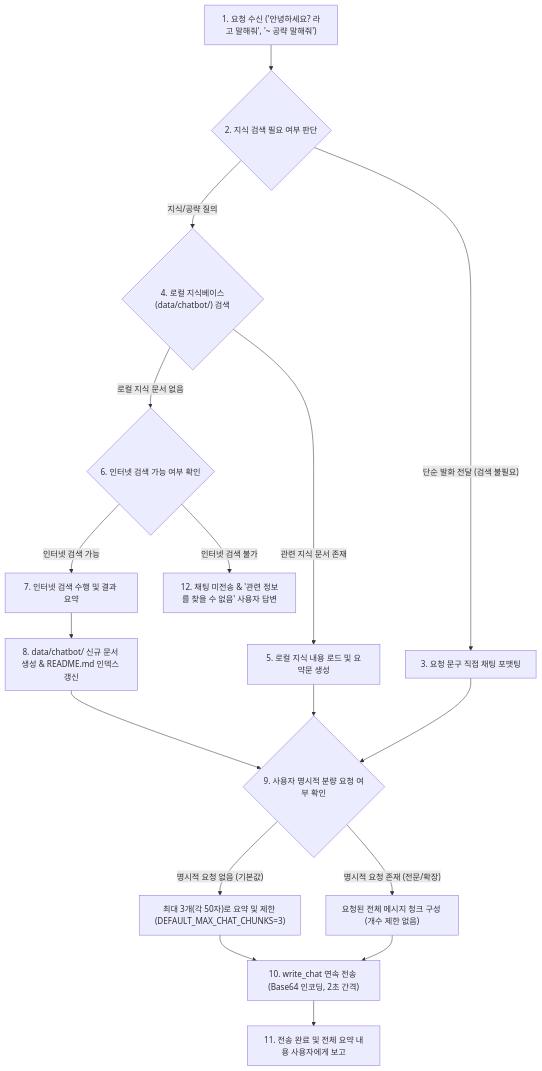
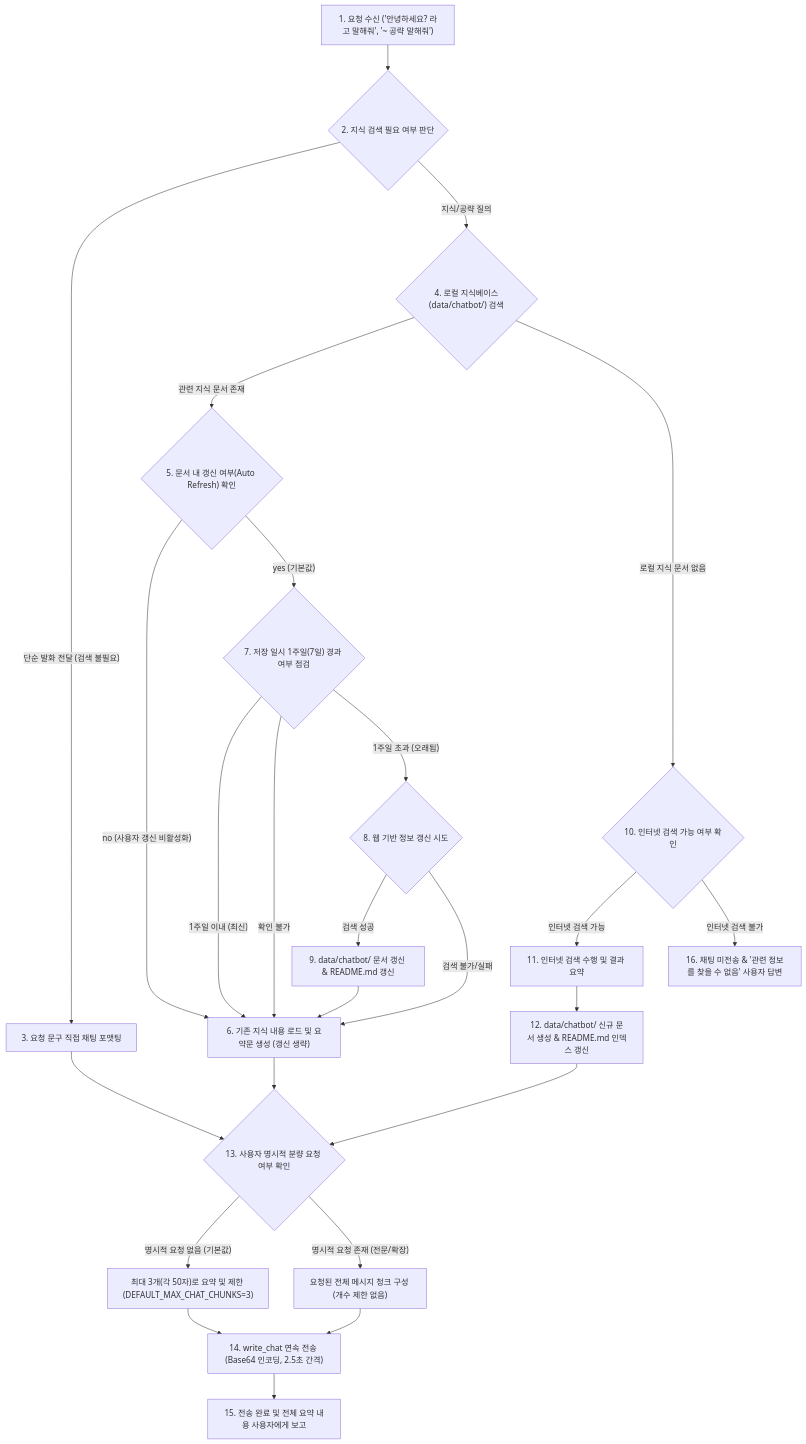
The third of 3 diagrams in references/workflows.md (ernest6164/mobi-helper), drawn with Mermaid before and after one commit. The commit also changed other lines of this file and 4 other files, not shown here.

Commit message:
feat: add 7-day knowledge refresh cycle and user auto-refresh toggle rules

````diff
--- a/references/workflows.md
+++ b/references/workflows.md
@@ -137,19 +137,27 @@
 ```mermaid
 flowchart TD
     Start["1. 요청 수신 ('안녕하세요? 라고 말해줘', '~ 공략 말해줘')"] --> CheckType{"2. 지식 검색 필요 여부 판단"}
     CheckType -- "단순 발화 전달 (검색 불필요)" --> FormatDirect["3. 요청 문구 직접 채팅 포맷팅"]
     CheckType -- "지식/공략 질의" --> SearchLocal{"4. 로컬 지식베이스(data/chatbot/) 검색"}
-    SearchLocal -- "관련 지식 문서 존재" --> LoadKnowledge["5. 로컬 지식 내용 로드 및 요약문 생성"]
-    SearchLocal -- "로컬 지식 문서 없음" --> CheckWeb{"6. 인터넷 검색 가능 여부 확인"}
-    CheckWeb -- "인터넷 검색 가능" --> SearchWeb["7. 인터넷 검색 수행 및 결과 요약"]
-    SearchWeb --> SaveKnowledge["8. data/chatbot/ 신규 문서 생성 & README.md 인덱스 갱신"]
+    SearchLocal -- "관련 지식 문서 존재" --> CheckUserOption{"5. 문서 내 갱신 여부(Auto Refresh) 확인"}
+    CheckUserOption -- "no (사용자 갱신 비활성화)" --> LoadKnowledge["6. 기존 지식 내용 로드 및 요약문 생성 (갱신 생략)"]
+    CheckUserOption -- "yes (기본값)" --> CheckExpiry{"7. 저장 일시 1주일(7일) 경과 여부 점검"}
+    CheckExpiry -- "1주일 이내 (최신)" --> LoadKnowledge
+    CheckExpiry -- "확인 불가" --> LoadKnowledge
+    CheckExpiry -- "1주일 초과 (오래됨)" --> TryWebRefresh{"8. 웹 기반 정보 갱신 시도"}
+    TryWebRefresh -- "검색 성공" --> UpdateKnowledge["9. data/chatbot/ 문서 갱신 & README.md 갱신"]
+    TryWebRefresh -- "검색 불가/실패" --> LoadKnowledge
+    UpdateKnowledge --> LoadKnowledge
+    SearchLocal -- "로컬 지식 문서 없음" --> CheckWeb{"10. 인터넷 검색 가능 여부 확인"}
+    CheckWeb -- "인터넷 검색 가능" --> SearchWeb["11. 인터넷 검색 수행 및 결과 요약"]
+    SearchWeb --> SaveKnowledge["12. data/chatbot/ 신규 문서 생성 & README.md 인덱스 갱신"]
     SaveKnowledge --> CheckLimit
     LoadKnowledge --> CheckLimit
-    FormatDirect --> CheckLimit{"9. 사용자 명시적 분량 요청 여부 확인"}
+    FormatDirect --> CheckLimit{"13. 사용자 명시적 분량 요청 여부 확인"}
     CheckLimit -- "명시적 요청 없음 (기본값)" --> Apply3Chunk["최대 3개(각 50자)로 요약 및 제한 (DEFAULT_MAX_CHAT_CHUNKS=3)"]
     CheckLimit -- "명시적 요청 존재 (전문/확장)" --> ApplyAllChunks["요청된 전체 메시지 청크 구성 (개수 제한 없음)"]
-    Apply3Chunk --> SendChat["10. write_chat 연속 전송 (Base64 인코딩, 2초 간격)"]
+    Apply3Chunk --> SendChat["14. write_chat 연속 전송 (Base64 인코딩, 2.5초 간격)"]
     ApplyAllChunks --> SendChat
-    SendChat --> ReportSuccess["11. 전송 완료 및 전체 요약 내용 사용자에게 보고"]
-    CheckWeb -- "인터넷 검색 불가" --> NoChatFail["12. 채팅 미전송 & '관련 정보를 찾을 수 없음' 사용자 답변"]
+    SendChat --> ReportSuccess["15. 전송 완료 및 전체 요약 내용 사용자에게 보고"]
+    CheckWeb -- "인터넷 검색 불가" --> NoChatFail["16. 채팅 미전송 & '관련 정보를 찾을 수 없음' 사용자 답변"]
 ```
````
